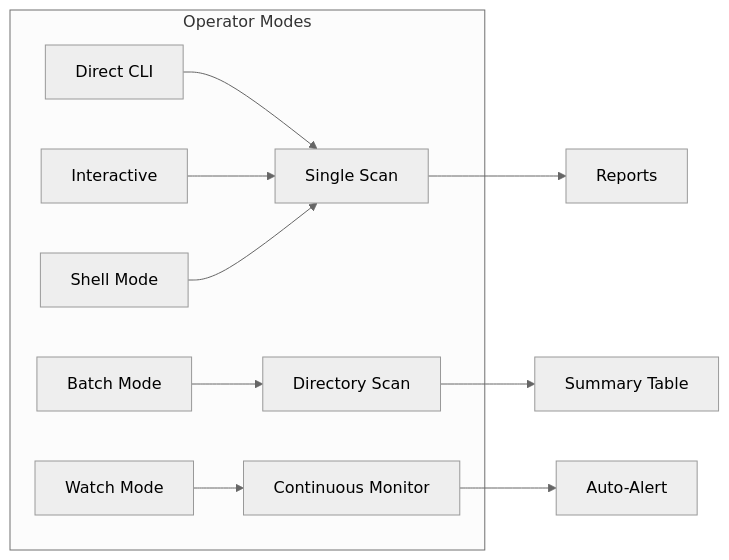
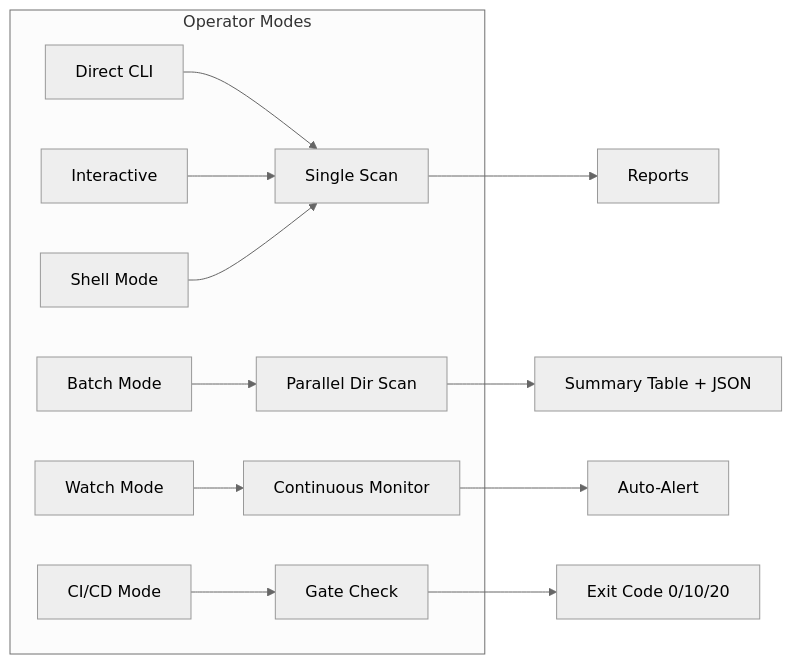
One commit to Masriyan/FlatScan changed the fifth of 11 diagrams in README.md. Above: the diagram before and after it, drawn with Mermaid (neutral theme). The commit also changed other lines of this file and 20 other files, not shown here.

````diff
--- a/README.md
+++ b/README.md
@@ -290,14 +306,16 @@
 ```mermaid
 graph LR
     subgraph "Operator Modes"
         A[Direct CLI] --> E[Single Scan]
         B[Interactive] --> E
         C[Shell Mode] --> E
-        D[Batch Mode] --> F[Directory Scan]
+        D[Batch Mode] --> F[Parallel Dir Scan]
         G[Watch Mode] --> H[Continuous Monitor]
+        I[CI/CD Mode] --> J[Gate Check]
     end
     
-    E --> I[Reports]
-    F --> J[Summary Table]
-    H --> K[Auto-Alert]
+    E --> K[Reports]
+    F --> L[Summary Table + JSON]
+    H --> M[Auto-Alert]
+    J --> N[Exit Code 0/10/20]
 ```
````
